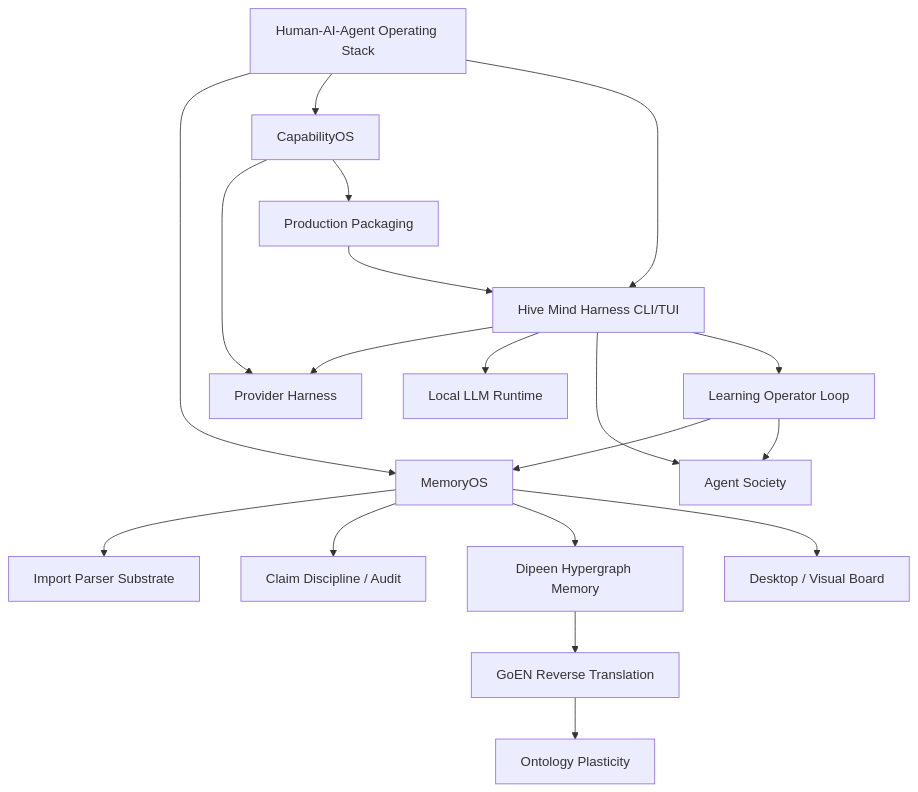
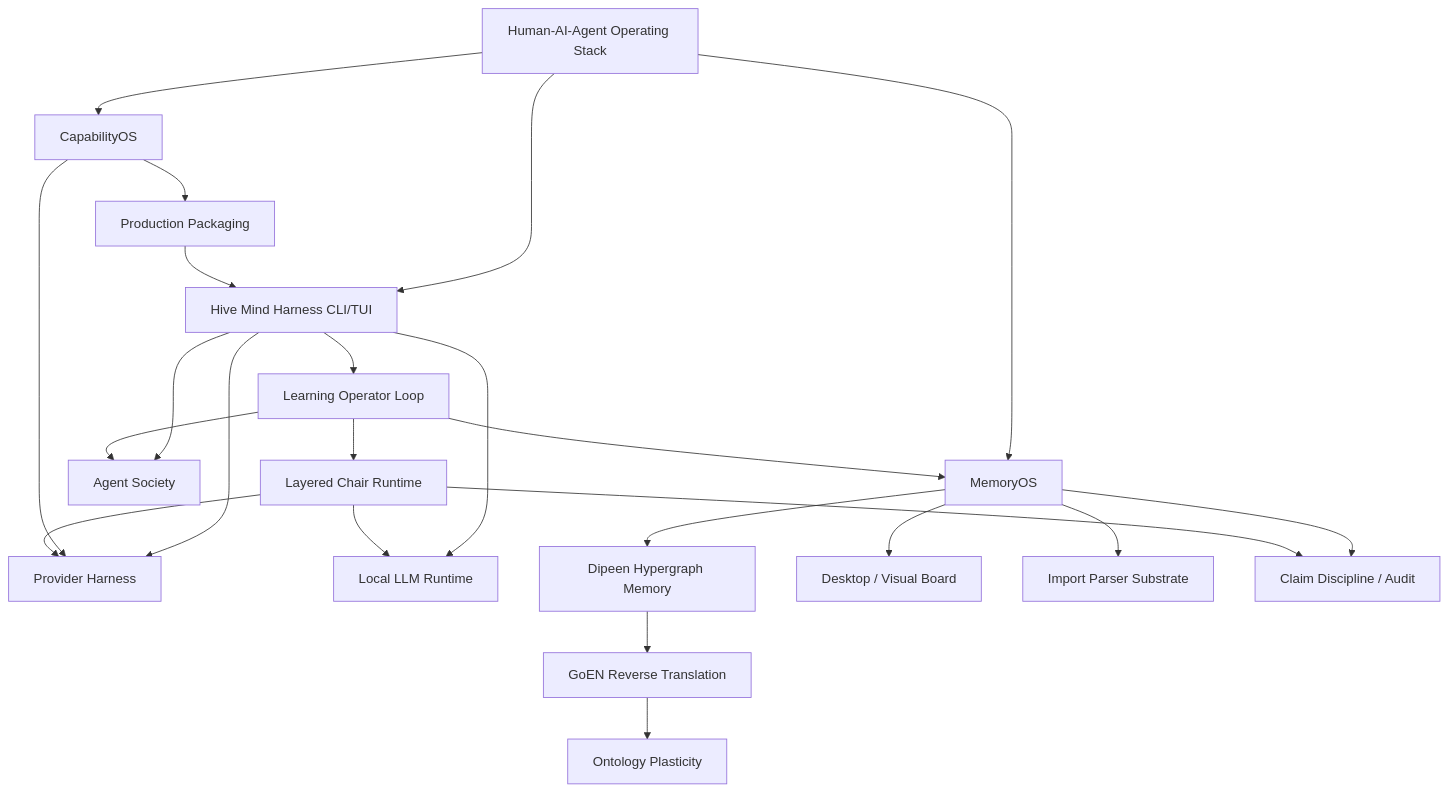
One commit to cjw0076/hivemind changed the diagram in docs/VISION_GRAPH.md. Above: the diagram before and after it, drawn with Mermaid. The commit also changed other lines of this file and 3 other files, not shown here.

Commit message:
Record layered chair runtime work

````diff
--- a/docs/VISION_GRAPH.md
+++ b/docs/VISION_GRAPH.md
@@ -7,37 +7,42 @@
 ```mermaid
 graph TD
   V0[Human-AI-Agent Operating Stack]
   V1[MemoryOS]
   V2[CapabilityOS]
   V3[Hive Mind Harness CLI/TUI]
   V4[Provider Harness]
   V5[Local LLM Runtime]
   V6[Agent Society]
   V7[Dipeen Hypergraph Memory]
   V8[GoEN Reverse Translation]
   V9[Ontology Plasticity]
   V10[Desktop / Visual Board]
   V11[Import Parser Substrate]
   V12[Claim Discipline / Audit]
   V13[Production Packaging]
   V14[Learning Operator Loop]
+  V15[Layered Chair Runtime]
 
   V0 --> V1
   V0 --> V2
   V0 --> V3
   V3 --> V4
   V3 --> V5
   V3 --> V6
   V1 --> V11
   V1 --> V12
   V1 --> V7
   V2 --> V4
   V2 --> V13
   V3 --> V14
   V14 --> V1
   V14 --> V6
+  V14 --> V15
+  V15 --> V4
+  V15 --> V5
+  V15 --> V12
   V7 --> V8
   V8 --> V9
   V1 --> V10
   V13 --> V3
 ```
````
